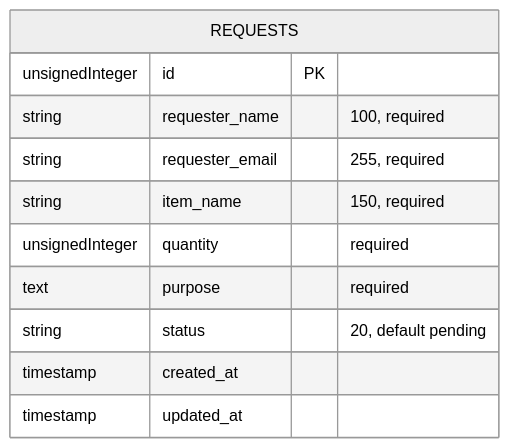
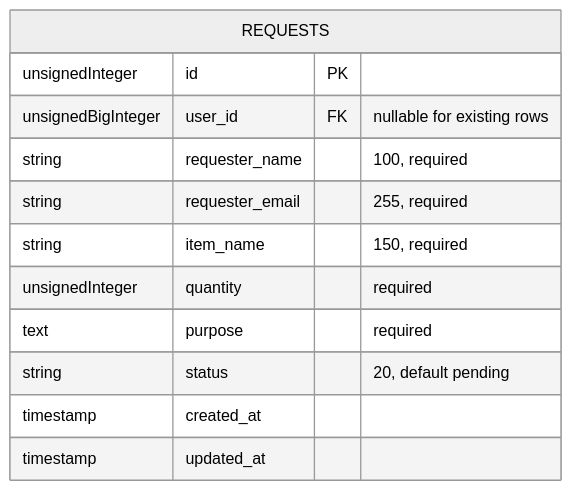
One commit to KaiiGritt/to-do-list changed the diagram in README.md. Above: the diagram before and after it, drawn with Mermaid (neutral theme). The commit also changed other lines of this file and 11 other files, not shown here.

````diff
--- a/README.md
+++ b/README.md
@@ -163,14 +165,15 @@
 ```mermaid
 erDiagram
 	REQUESTS {
 		unsignedInteger id PK
+		unsignedBigInteger user_id FK "nullable for existing rows"
 		string requester_name "100, required"
 		string requester_email "255, required"
 		string item_name "150, required"
 		unsignedInteger quantity "required"
 		text purpose "required"
 		string status "20, default pending"
 		timestamp created_at
 		timestamp updated_at
 	}
 ```
````
